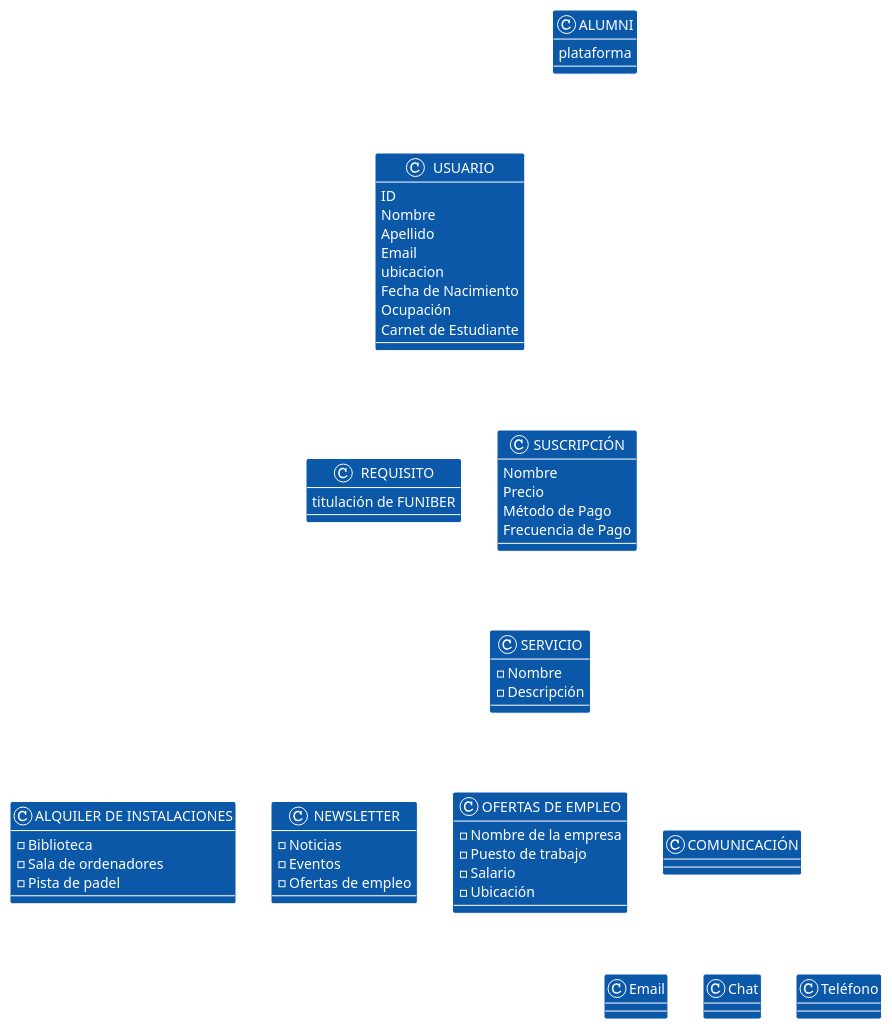
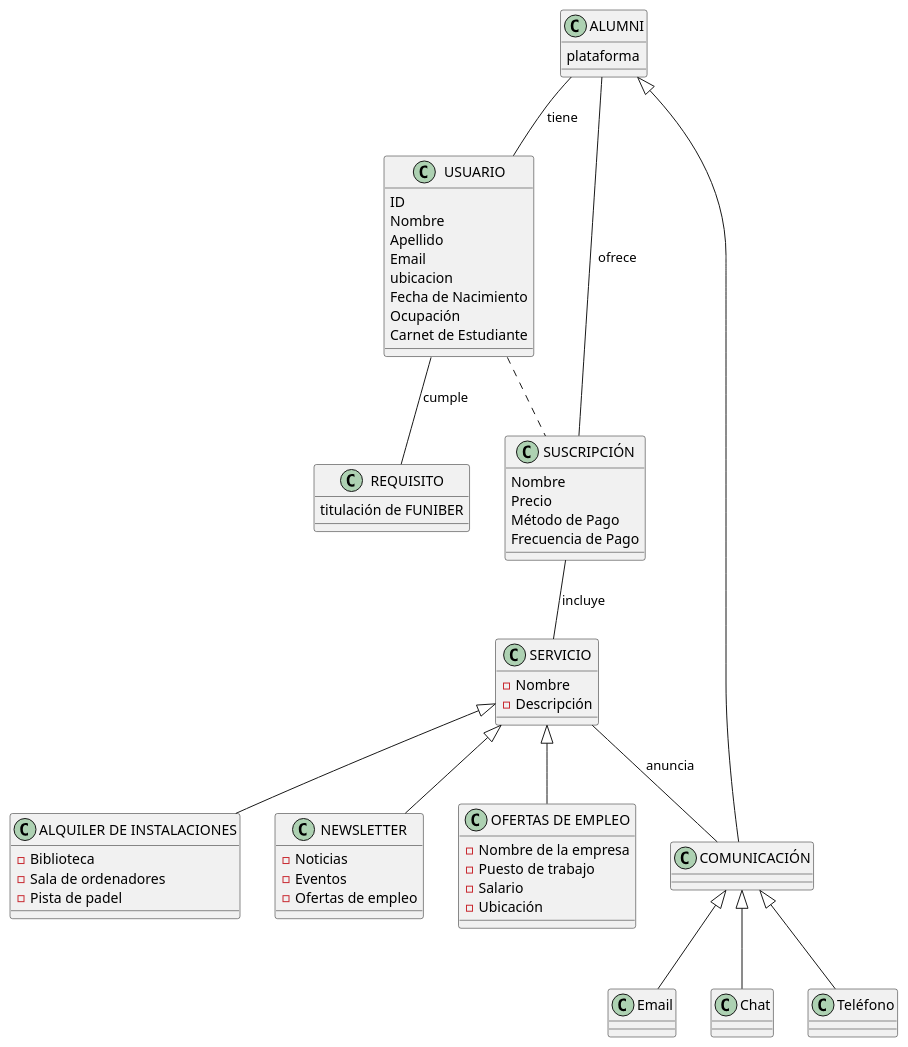
The diagram in Modelos_de_Dominio/Modelos_Finales/Primera_Iteración/Modelo_de_Dominio.puml (mmasias/23-24-IdSw1-SDR), drawn with PlantUML before and after one commit.

Commit message:
forgot to comment a line

```diff
--- a/Modelos_de_Dominio/Modelos_Finales/Primera_Iteración/Modelo_de_Dominio.puml
+++ b/Modelos_de_Dominio/Modelos_Finales/Primera_Iteración/Modelo_de_Dominio.puml
@@ -1,79 +1,79 @@
 @startuml AlumniModel
 
-!theme amiga
+'!theme amiga
 skinparam backgroundColor #0d111700
 skinparam defaultFontName Arial
 
 class ALUMNI {
    plataforma
 }
 
 class USUARIO {
     ID
     Nombre 
     Apellido 
     Email 
     ubicacion 
     Fecha de Nacimiento 
     Ocupación
     Carnet de Estudiante
 }
 
 class REQUISITO {
     titulación de FUNIBER
 }
 
 class SUSCRIPCIÓN {
     Nombre 
     Precio 
     Método de Pago
     Frecuencia de Pago
 }
 
 class SERVICIO {
     - Nombre 
     - Descripción 
 }
 
 class COMUNICACIÓN {
 }
 
 class "ALQUILER DE INSTALACIONES" {
     - Biblioteca
     - Sala de ordenadores
     - Pista de padel
 }
 
 class NEWSLETTER {
     - Noticias
     - Eventos
     - Ofertas de empleo
 }
 
 class "OFERTAS DE EMPLEO" {
     - Nombre de la empresa
     - Puesto de trabajo
     - Salario
     - Ubicación
 }
 
 ALUMNI -- USUARIO : tiene
 ALUMNI -- SUSCRIPCIÓN : ofrece
 SUSCRIPCIÓN -- SERVICIO : incluye
 USUARIO -- REQUISITO : cumple
 
 
 ALUMNI <|-- "COMUNICACIÓN"
 SERVICIO <|-- "ALQUILER DE INSTALACIONES"
 SERVICIO <|-- "NEWSLETTER"
 SERVICIO <|-- "OFERTAS DE EMPLEO"
 
 USUARIO .. SUSCRIPCIÓN
 
 SERVICIO -- "COMUNICACIÓN": anuncia
 
 COMUNICACIÓN <|-d- Email
 COMUNICACIÓN <|-d- Chat
 COMUNICACIÓN <|-d- Teléfono
 
 @enduml
```
